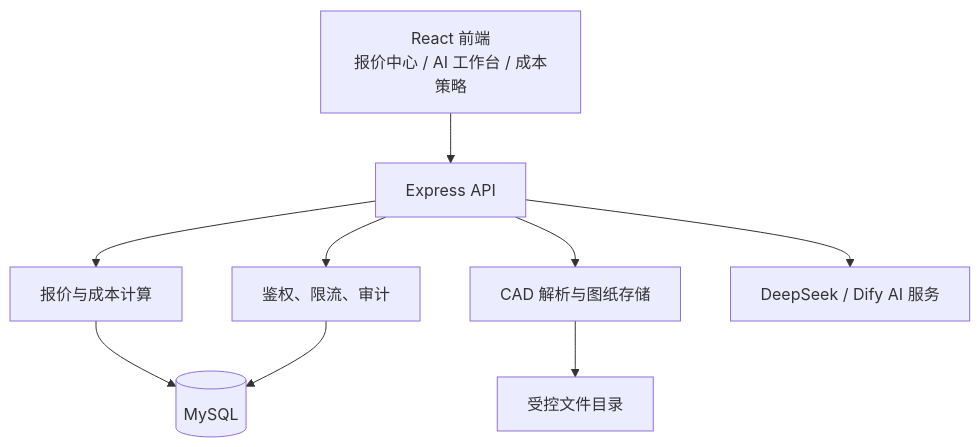
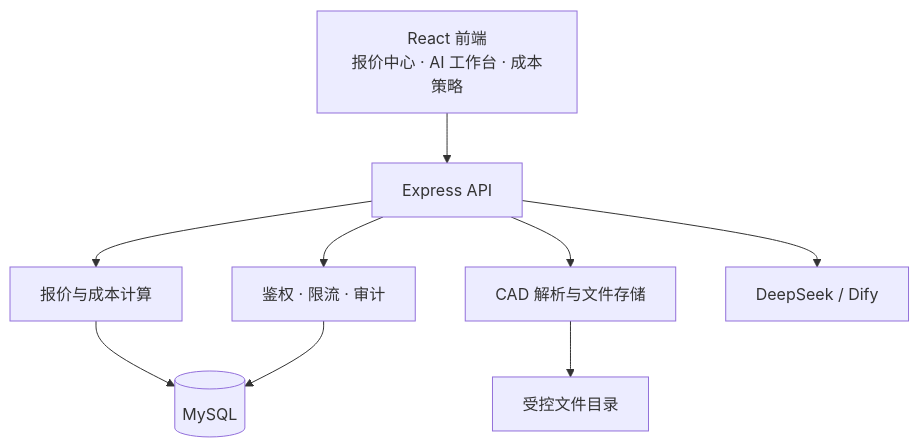
One commit to dreambet/AI-QuoteSystem changed the second of 2 diagrams in README.md. Above: the diagram before and after it, drawn with Mermaid. The commit also changed other lines of this file, not shown here.

````diff
--- a/README.md
+++ b/README.md
@@ -66,11 +110,11 @@
 ```mermaid
 flowchart TB
-    UI[React 前端\n报价中心 / AI 工作台 / 成本策略] --> API[Express API]
-    API --> Auth[鉴权、限流、审计]
+    UI[React 前端\n报价中心 · AI 工作台 · 成本策略] --> API[Express API]
+    API --> Guard[鉴权 · 限流 · 审计]
     API --> Quote[报价与成本计算]
-    API --> CAD[CAD 解析与图纸存储]
-    API --> AI[DeepSeek / Dify AI 服务]
+    API --> CAD[CAD 解析与文件存储]
+    API --> AI[DeepSeek / Dify]
     Quote --> DB[(MySQL)]
-    Auth --> DB
+    Guard --> DB
     CAD --> Files[受控文件目录]
 ```
````
